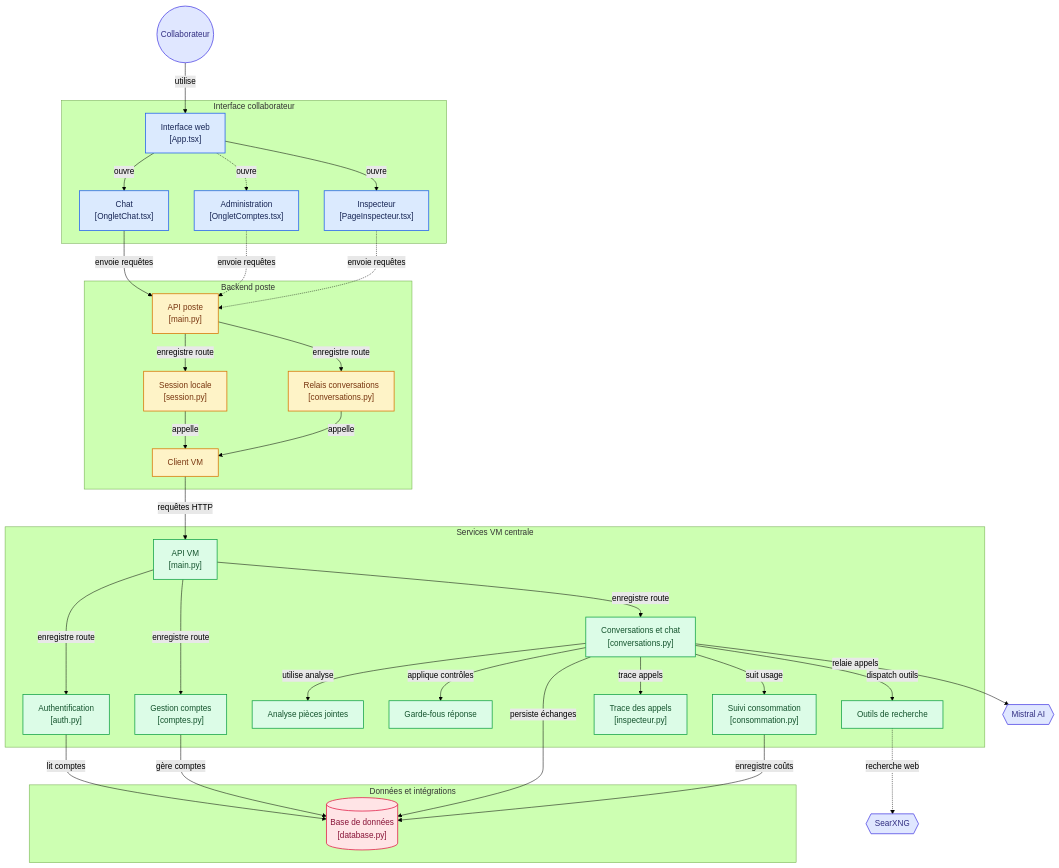
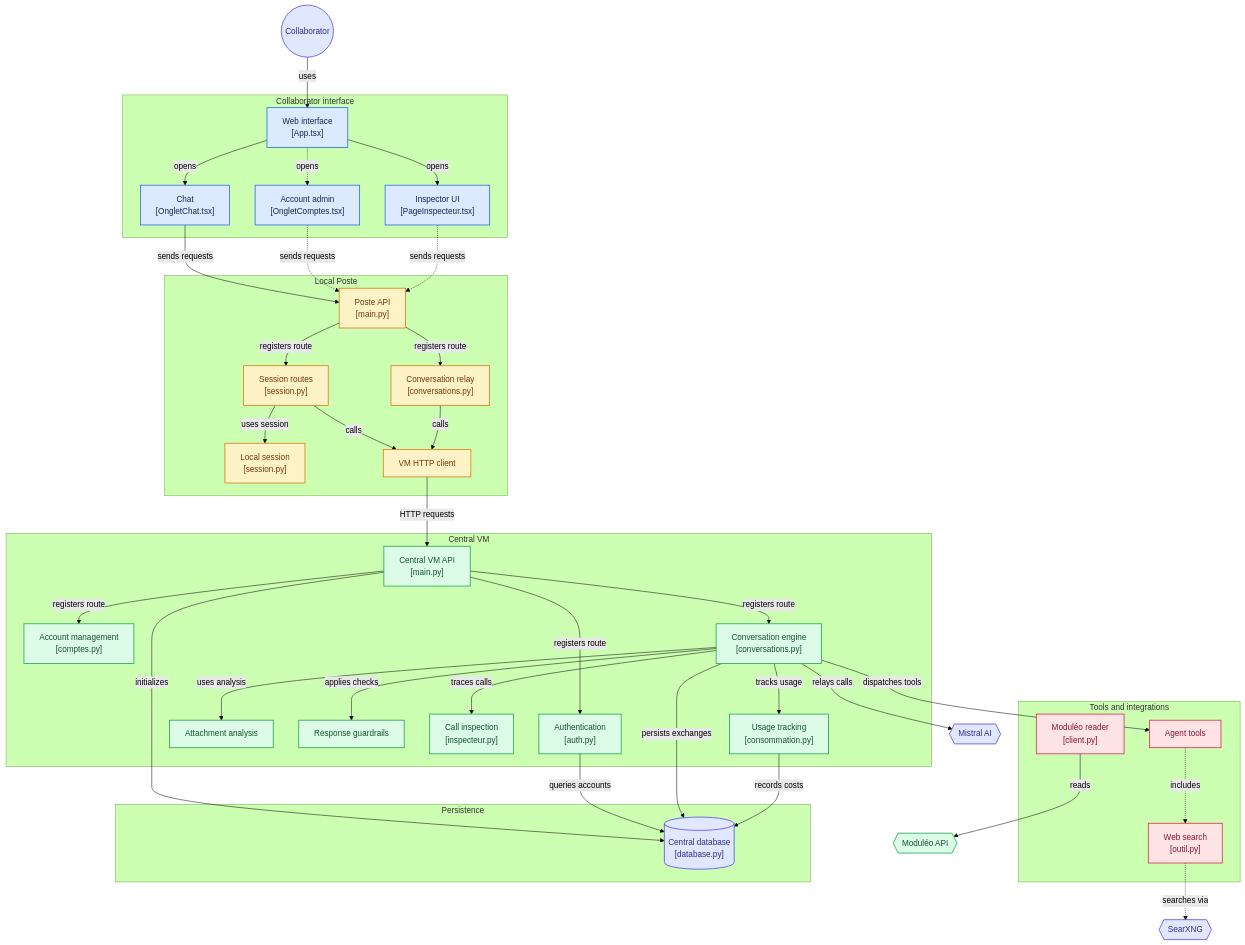
The diagram in docs/architecture/vue-systeme.md (UlyssouLV/BBASS-Agents-IA), drawn with Mermaid (forest theme) before and after one commit. The commit also changed 196 other files, not shown here.

First line of the commit message:
V1.5.3 — Administration des groupes et droits Moduléo depuis le Panel (#215)

````diff
--- a/docs/architecture/vue-systeme.md
+++ b/docs/architecture/vue-systeme.md
@@ -10,85 +10,98 @@
 %% Generated by https://gitdiagram.com/ulyssoulv/bbass-agents-ia
 flowchart TD
 
-subgraph group_interface["Interface collaborateur"]
-  node_webui["Interface web<br/>[App.tsx]"]
-  node_chatui["Chat<br/>[OngletChat.tsx]"]
-  node_adminui["Administration<br/>[OngletComptes.tsx]"]
-  node_inspectui["Inspecteur<br/>[PageInspecteur.tsx]"]
+subgraph group_interface["Collaborator interface"]
+  node_webapp["Web interface<br/>[App.tsx]"]
+  node_chat["Chat<br/>[OngletChat.tsx]"]
+  node_adminui["Account admin<br/>[OngletComptes.tsx]"]
+  node_inspectui["Inspector UI<br/>[PageInspecteur.tsx]"]
 end
 
-subgraph group_poste["Backend poste"]
-  node_posteapp["API poste<br/>[main.py]"]
-  node_authposte["Session locale<br/>[session.py]"]
-  node_conversationposte["Relais conversations<br/>[conversations.py]"]
-  node_clientvm["Client VM"]
+subgraph group_poste["Local Poste"]
+  node_posteapi["Poste API<br/>[main.py]"]
+  node_local_session["Local session<br/>[session.py]"]
+  node_session_routes["Session routes<br/>[session.py]"]
+  node_conversation_routes["Conversation relay<br/>[conversations.py]"]
+  node_vm_client["VM HTTP client"]
 end
 
-subgraph group_vm["Services VM centrale"]
-  node_vmapp["API VM<br/>[main.py]"]
-  node_authvm["Authentification<br/>[auth.py]"]
-  node_comptes["Gestion comptes<br/>[comptes.py]"]
-  node_conversationvm["Conversations et chat<br/>[conversations.py]"]
-  node_pieces["Analyse pièces jointes"]
-  node_garde["Garde-fous réponse"]
-  node_outils["Outils de recherche"]
-  node_inspecteur["Trace des appels<br/>[inspecteur.py]"]
-  node_consommation["Suivi consommation<br/>[consommation.py]"]
+subgraph group_vm["Central VM"]
+  node_vm_api["Central VM API<br/>[main.py]"]
+  node_auth_routes["Authentication<br/>[auth.py]"]
+  node_accounts["Account management<br/>[comptes.py]"]
+  node_conversation_engine["Conversation engine<br/>[conversations.py]"]
+  node_attachments["Attachment analysis"]
+  node_guardrails["Response guardrails"]
+  node_inspection["Call inspection<br/>[inspecteur.py]"]
+  node_usage["Usage tracking<br/>[consommation.py]"]
 end
 
-subgraph group_state["Données et intégrations"]
-  node_store[("Base de données<br/>[database.py]")]
+subgraph group_integrations["Tools and integrations"]
+  node_tools["Agent tools"]
+  node_web_search["Web search<br/>[outil.py]"]
+  node_moduleo["Moduléo reader<br/>[client.py]"]
 end
 
-node_collaborateur(("Collaborateur"))
+subgraph group_state["Persistence"]
+  node_database[("Central database<br/>[database.py]")]
+end
+
+node_collaborator(("Collaborator"))
 node_mistral{{"Mistral AI"}}
 node_searxng{{"SearXNG"}}
+node_moduleo_api{{"Moduléo API"}}
 
-node_collaborateur -->|"utilise"| node_webui
-node_webui -->|"ouvre"| node_chatui
-node_webui -.->|"ouvre"| node_adminui
-node_webui -->|"ouvre"| node_inspectui
-node_chatui -->|"envoie requêtes"| node_posteapp
-node_adminui -.->|"envoie requêtes"| node_posteapp
-node_inspectui -.->|"envoie requêtes"| node_posteapp
-node_posteapp -->|"enregistre route"| node_authposte
-node_posteapp -->|"enregistre route"| node_conversationposte
-node_authposte -->|"appelle"| node_clientvm
-node_conversationposte -->|"appelle"| node_clientvm
-node_clientvm -->|"requêtes HTTP"| node_vmapp
-node_vmapp -->|"enregistre route"| node_authvm
-node_vmapp -->|"enregistre route"| node_comptes
-node_vmapp -->|"enregistre route"| node_conversationvm
-node_authvm -->|"lit comptes"| node_store
-node_comptes -->|"gère comptes"| node_store
-node_conversationvm -->|"persiste échanges"| node_store
-node_conversationvm -->|"relaie appels"| node_mistral
-node_conversationvm -->|"utilise analyse"| node_pieces
-node_conversationvm -->|"applique contrôles"| node_garde
-node_conversationvm -->|"dispatch outils"| node_outils
-node_outils -.->|"recherche web"| node_searxng
-node_conversationvm -->|"trace appels"| node_inspecteur
-node_conversationvm -->|"suit usage"| node_consommation
-node_consommation -->|"enregistre coûts"| node_store
+node_collaborator -->|"uses"| node_webapp
+node_webapp -->|"opens"| node_chat
+node_webapp -.->|"opens"| node_adminui
+node_webapp -->|"opens"| node_inspectui
+node_chat -->|"sends requests"| node_posteapi
+node_adminui -.->|"sends requests"| node_posteapi
+node_inspectui -.->|"sends requests"| node_posteapi
+node_posteapi -->|"registers route"| node_session_routes
+node_posteapi -->|"registers route"| node_conversation_routes
+node_session_routes -->|"uses session"| node_local_session
+node_session_routes -->|"calls"| node_vm_client
+node_conversation_routes -->|"calls"| node_vm_client
+node_vm_client -->|"HTTP requests"| node_vm_api
+node_vm_api -->|"registers route"| node_auth_routes
+node_vm_api -->|"registers route"| node_accounts
+node_vm_api -->|"registers route"| node_conversation_engine
+node_conversation_engine -->|"relays calls"| node_mistral
+node_conversation_engine -->|"uses analysis"| node_attachments
+node_conversation_engine -->|"applies checks"| node_guardrails
+node_conversation_engine -->|"dispatches tools"| node_tools
+node_conversation_engine -->|"traces calls"| node_inspection
+node_conversation_engine -->|"tracks usage"| node_usage
+node_tools -.->|"includes"| node_web_search
+node_web_search -.->|"searches via"| node_searxng
+node_moduleo -->|"reads"| node_moduleo_api
+node_vm_api -->|"initializes"| node_database
+node_auth_routes -->|"queries accounts"| node_database
+node_conversation_engine -->|"persists exchanges"| node_database
+node_usage -->|"records costs"| node_database
 
-click node_webui "https://github.com/UlyssouLV/BBASS-Agents-IA/blob/main/poste/frontend/src/App.tsx"
-click node_chatui "https://github.com/UlyssouLV/BBASS-Agents-IA/blob/main/poste/frontend/src/onglets/OngletChat.tsx"
-click node_adminui "https://github.com/UlyssouLV/BBASS-Agents-IA/blob/main/poste/frontend/src/onglets/OngletComptes.tsx"
-click node_inspectui "https://github.com/UlyssouLV/BBASS-Agents-IA/blob/main/poste/frontend/src/screens/PageInspecteur.tsx"
-click node_posteapp "https://github.com/UlyssouLV/BBASS-Agents-IA/blob/main/poste/src/poste/main.py"
-click node_authposte "https://github.com/UlyssouLV/BBASS-Agents-IA/blob/main/poste/src/poste/routers/session.py"
-click node_conversationposte "https://github.com/UlyssouLV/BBASS-Agents-IA/blob/main/poste/src/poste/routers/conversations.py"
-click node_clientvm "https://github.com/UlyssouLV/BBASS-Agents-IA/blob/main/poste/src/poste/vm_centrale_client.py"
-click node_vmapp "https://github.com/UlyssouLV/BBASS-Agents-IA/blob/main/vm-centrale/src/vm_centrale/main.py"
-click node_authvm "https://github.com/UlyssouLV/BBASS-Agents-IA/blob/main/vm-centrale/src/vm_centrale/routers/auth.py"
-click node_comptes "https://github.com/UlyssouLV/BBASS-Agents-IA/blob/main/vm-centrale/src/vm_centrale/routers/comptes.py"
-click node_conversationvm "https://github.com/UlyssouLV/BBASS-Agents-IA/blob/main/vm-centrale/src/vm_centrale/routers/conversations.py"
-click node_pieces "https://github.com/UlyssouLV/BBASS-Agents-IA/tree/main/vm-centrale/src/vm_centrale/analyse_pieces_jointes"
-click node_garde "https://github.com/UlyssouLV/BBASS-Agents-IA/tree/main/vm-centrale/src/vm_centrale/garde_fous"
-click node_outils "https://github.com/UlyssouLV/BBASS-Agents-IA/tree/main/vm-centrale/src/vm_centrale/outils"
-click node_inspecteur "https://github.com/UlyssouLV/BBASS-Agents-IA/blob/main/vm-centrale/src/vm_centrale/inspecteur.py"
-click node_consommation "https://github.com/UlyssouLV/BBASS-Agents-IA/blob/main/vm-centrale/src/vm_centrale/consommation.py"
-click node_store "https://github.com/UlyssouLV/BBASS-Agents-IA/blob/main/vm-centrale/src/vm_centrale/database.py"
+click node_webapp "https://github.com/ulyssoulv/bbass-agents-ia/blob/main/poste/frontend/src/App.tsx"
+click node_chat "https://github.com/ulyssoulv/bbass-agents-ia/blob/main/poste/frontend/src/onglets/OngletChat.tsx"
+click node_adminui "https://github.com/ulyssoulv/bbass-agents-ia/blob/main/poste/frontend/src/onglets/OngletComptes.tsx"
+click node_inspectui "https://github.com/ulyssoulv/bbass-agents-ia/blob/main/poste/frontend/src/screens/PageInspecteur.tsx"
+click node_posteapi "https://github.com/ulyssoulv/bbass-agents-ia/blob/main/poste/src/poste/main.py"
+click node_local_session "https://github.com/ulyssoulv/bbass-agents-ia/blob/main/poste/src/poste/session.py"
+click node_session_routes "https://github.com/ulyssoulv/bbass-agents-ia/blob/main/poste/src/poste/routers/session.py"
+click node_conversation_routes "https://github.com/ulyssoulv/bbass-agents-ia/blob/main/poste/src/poste/routers/conversations.py"
+click node_vm_client "https://github.com/ulyssoulv/bbass-agents-ia/blob/main/poste/src/poste/vm_centrale_client.py"
+click node_vm_api "https://github.com/ulyssoulv/bbass-agents-ia/blob/main/vm-centrale/src/vm_centrale/main.py"
+click node_auth_routes "https://github.com/ulyssoulv/bbass-agents-ia/blob/main/vm-centrale/src/vm_centrale/routers/auth.py"
+click node_accounts "https://github.com/ulyssoulv/bbass-agents-ia/blob/main/vm-centrale/src/vm_centrale/routers/comptes.py"
+click node_conversation_engine "https://github.com/ulyssoulv/bbass-agents-ia/blob/main/vm-centrale/src/vm_centrale/routers/conversations.py"
+click node_attachments "https://github.com/ulyssoulv/bbass-agents-ia/tree/main/vm-centrale/src/vm_centrale/analyse_pieces_jointes"
+click node_guardrails "https://github.com/ulyssoulv/bbass-agents-ia/tree/main/vm-centrale/src/vm_centrale/garde_fous"
+click node_inspection "https://github.com/ulyssoulv/bbass-agents-ia/blob/main/vm-centrale/src/vm_centrale/inspecteur.py"
+click node_usage "https://github.com/ulyssoulv/bbass-agents-ia/blob/main/vm-centrale/src/vm_centrale/consommation.py"
+click node_tools "https://github.com/ulyssoulv/bbass-agents-ia/tree/main/vm-centrale/src/vm_centrale/outils"
+click node_web_search "https://github.com/ulyssoulv/bbass-agents-ia/blob/main/vm-centrale/src/vm_centrale/outils/recherche_web/outil.py"
+click node_moduleo "https://github.com/ulyssoulv/bbass-agents-ia/blob/main/vm-centrale/src/vm_centrale/moduleo/client.py"
+click node_database "https://github.com/ulyssoulv/bbass-agents-ia/blob/main/vm-centrale/src/vm_centrale/database.py"
 
 classDef toneNeutral fill:#f8fafc,stroke:#334155,stroke-width:1.5px,color:#0f172a
 classDef toneBlue fill:#dbeafe,stroke:#2563eb,stroke-width:1.5px,color:#172554
@@ -97,9 +110,9 @@
 classDef toneRose fill:#ffe4e6,stroke:#e11d48,stroke-width:1.5px,color:#881337
 classDef toneIndigo fill:#e0e7ff,stroke:#4f46e5,stroke-width:1.5px,color:#312e81
 classDef toneTeal fill:#ccfbf1,stroke:#0f766e,stroke-width:1.5px,color:#134e4a
-class node_webui,node_chatui,node_adminui,node_inspectui toneBlue
-class node_posteapp,node_authposte,node_conversationposte,node_clientvm toneAmber
-class node_vmapp,node_authvm,node_comptes,node_conversationvm,node_pieces,node_garde,node_outils,node_inspecteur,node_consommation toneMint
-class node_store toneRose
-class node_collaborateur,node_mistral,node_searxng toneIndigo
+class node_webapp,node_chat,node_adminui,node_inspectui toneBlue
+class node_posteapi,node_local_session,node_session_routes,node_conversation_routes,node_vm_client toneAmber
+class node_vm_api,node_auth_routes,node_accounts,node_conversation_engine,node_attachments,node_guardrails,node_inspection,node_usage,node_moduleo_api toneMint
+class node_tools,node_web_search,node_moduleo toneRose
+class node_database,node_collaborator,node_mistral,node_searxng toneIndigo
 ```
````
